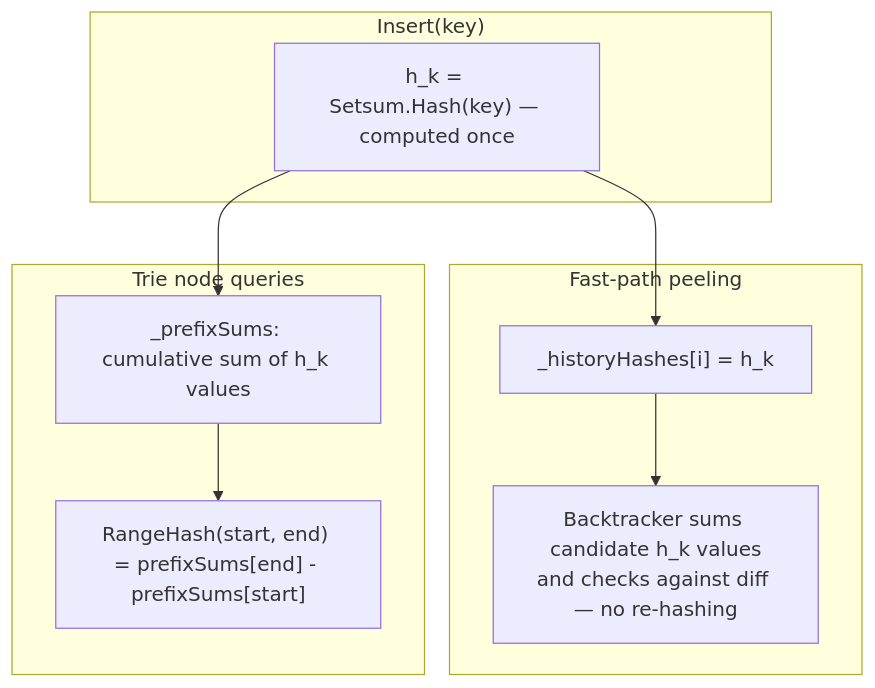
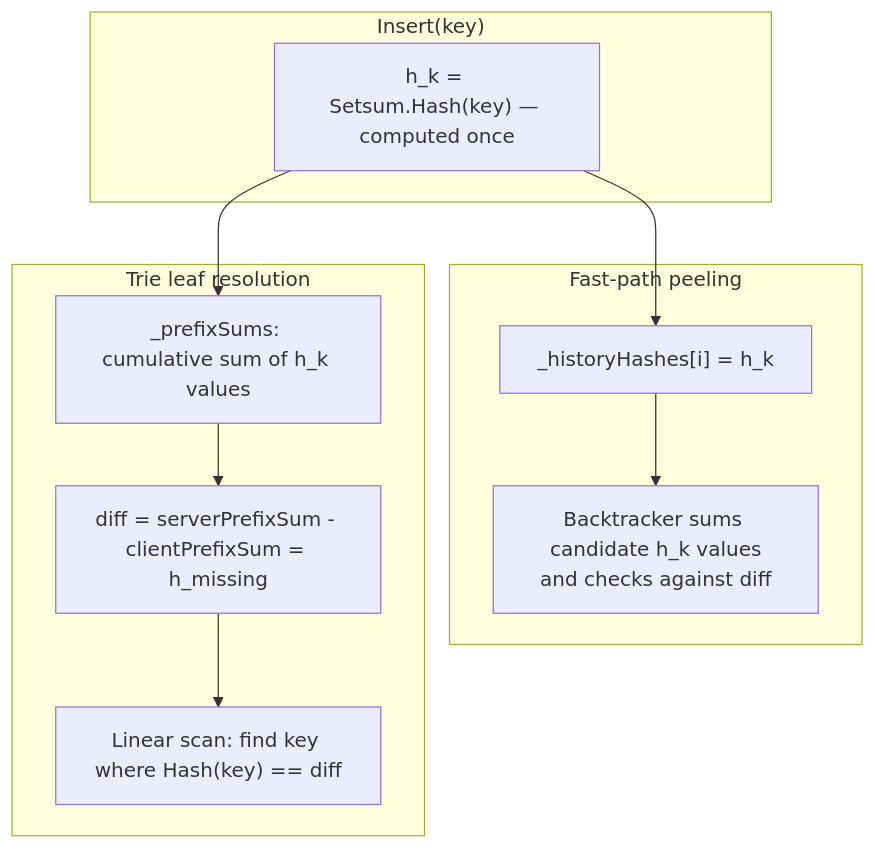
Before and after one commit to arj03/setsum-cs: the sixth of 7 diagrams in SetSum/Sync/README.md, drawn with Mermaid. The commit also changed other lines of this file, not shown here.

````diff
--- a/SetSum/Sync/README.md
+++ b/SetSum/Sync/README.md
@@ -172,21 +190,22 @@
 ```mermaid
 graph TD
     subgraph "Insert(key)"
         HK["h_k = Setsum.Hash(key) — computed once"]
     end
 
     subgraph "Fast-path peeling"
         HH["_historyHashes[i] = h_k"]
-        PE["Backtracker sums candidate h_k values<br/>and checks against diff — no re-hashing"]
+        PE["Backtracker sums candidate h_k values<br/>and checks against diff"]
         HH --> PE
     end
 
-    subgraph "Trie node queries"
+    subgraph "Trie leaf resolution"
         PS["_prefixSums: cumulative sum of h_k values"]
-        RH["RangeHash(start, end) = prefixSums[end] - prefixSums[start]"]
-        PS --> RH
+        RH["diff = serverPrefixSum - clientPrefixSum = h_missing"]
+        SC["Linear scan: find key where Hash(key) == diff"]
+        PS --> RH --> SC
     end
 
     HK --> HH
     HK --> PS
 ```
````
